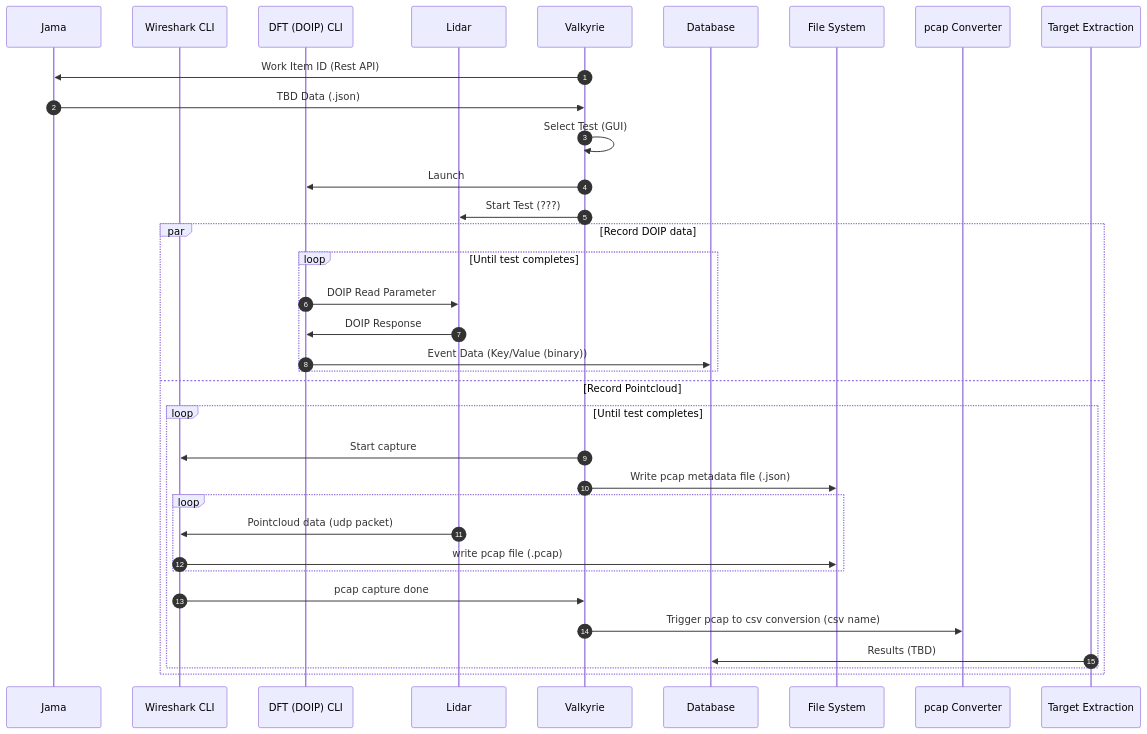
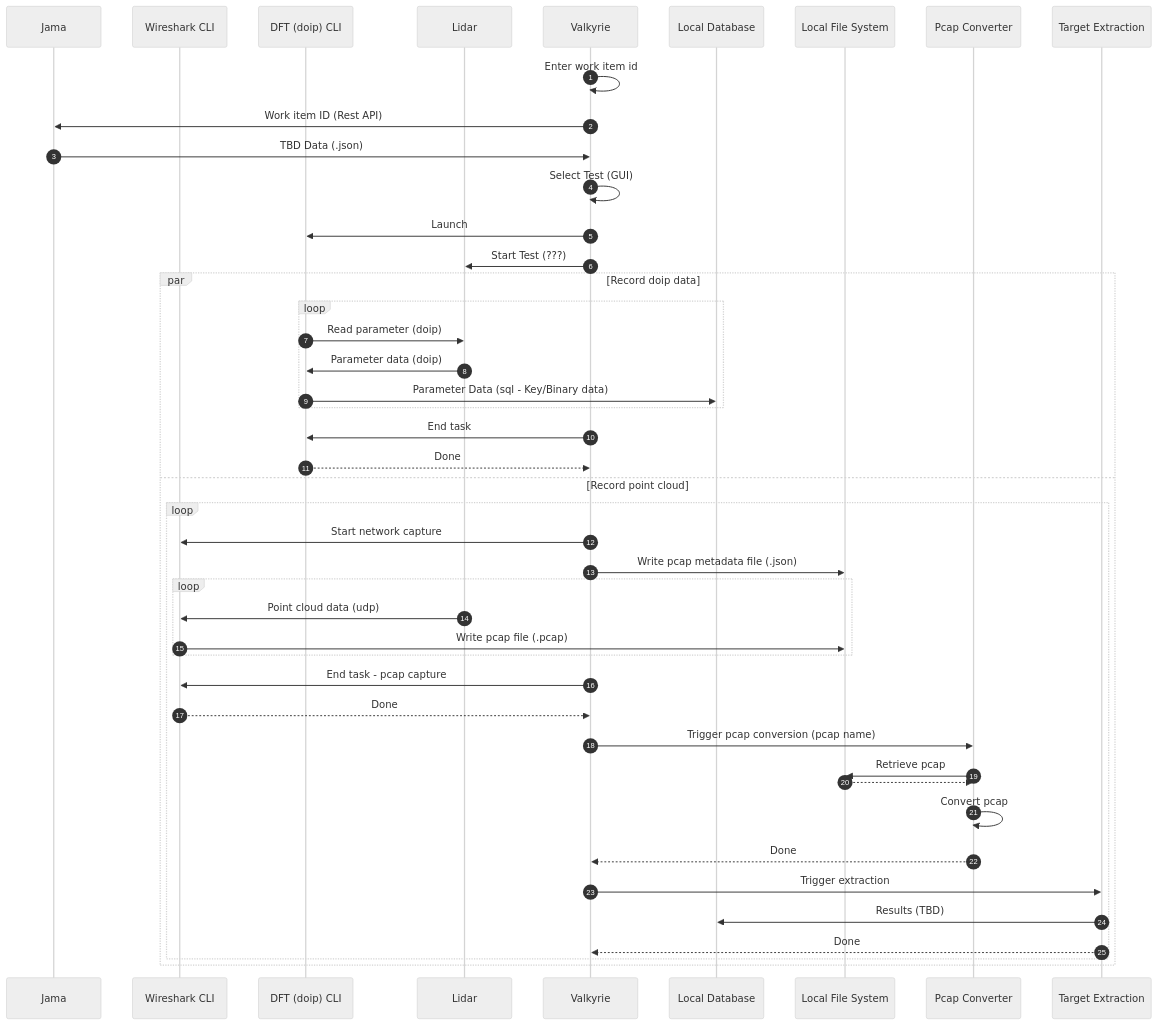
Before and after one commit to matthew-beisser/testing-automation-pipeline-3: the first of 2 diagrams in docs/architecture/architecture.md, drawn with Mermaid. The commit also changed other lines of this file, not shown here.

````diff
--- a/docs/architecture/architecture.md
+++ b/docs/architecture/architecture.md
@@ -44,44 +45,58 @@
 ```mermaid
+%%{
+    init: {'theme': 'neutral' }
+}%%
+
 sequenceDiagram
     autonumber
 
     Participant Jama
     Participant WS as Wireshark CLI
-    Participant DFT as DFT (DOIP) CLI
+    Participant DFT as DFT (doip) CLI
     Participant Lidar
     Participant Valk as Valkyrie
-    Participant DB as Database
-    Participant FS as File System
-    Participant PConvert as pcap Converter
+    Participant DB as Local Database
+    Participant FS as Local File System
+    Participant PConvert as Pcap Converter
     Participant TE as Target Extraction
 
-    Valk->>Jama: Work Item ID (Rest API)
+    Valk->>Valk: Enter work item id
+    Valk->>Jama: Work item ID (Rest API)
     Jama->>Valk: TBD Data (.json)
     Valk->>Valk: Select Test (GUI)
     
     Valk->>DFT: Launch  
 
     Valk->>Lidar: Start Test (???)
 
-    par Record DOIP data
-        loop Until test completes
-            DFT->>Lidar: DOIP Read Parameter
-            Lidar->>DFT: DOIP Response
-            DFT->>DB: Event Data (Key/Value (binary))
+    par Record doip data
+        loop 
+            DFT->>Lidar: Read parameter (doip)
+            Lidar->>DFT: Parameter data (doip)
+            DFT->>DB: Parameter Data (sql - Key/Binary data)
         end
-    and Record Pointcloud
-        loop Until test completes
-            Valk->>WS: Start capture
+        Valk->>DFT: End task
+        DFT-->>Valk: Done
+    and Record point cloud
+        loop 
+            Valk->>WS: Start network capture
             Valk->>FS: Write pcap metadata file (.json)
             
             loop
-                Lidar->>WS: Pointcloud data (udp packet)
-                WS->>FS: write pcap file (.pcap)
+                Lidar->>WS: Point cloud data (udp)
+                WS->>FS: Write pcap file (.pcap)
             end
 
-            WS->>Valk: pcap capture done
-            Valk->>PConvert: Trigger pcap to csv conversion (csv name)
+            Valk->>WS: End task - pcap capture
+            WS-->>Valk: Done
+            Valk->>PConvert: Trigger pcap conversion (pcap name)
+            PConvert->>FS: Retrieve pcap
+            FS-->>PConvert: 
+            PConvert->>PConvert: Convert pcap
+            PConvert-->>Valk: Done
+            Valk->>TE: Trigger extraction
             TE->>DB: Results (TBD)
+            TE-->>Valk: Done
         end
     end
 ```
````
